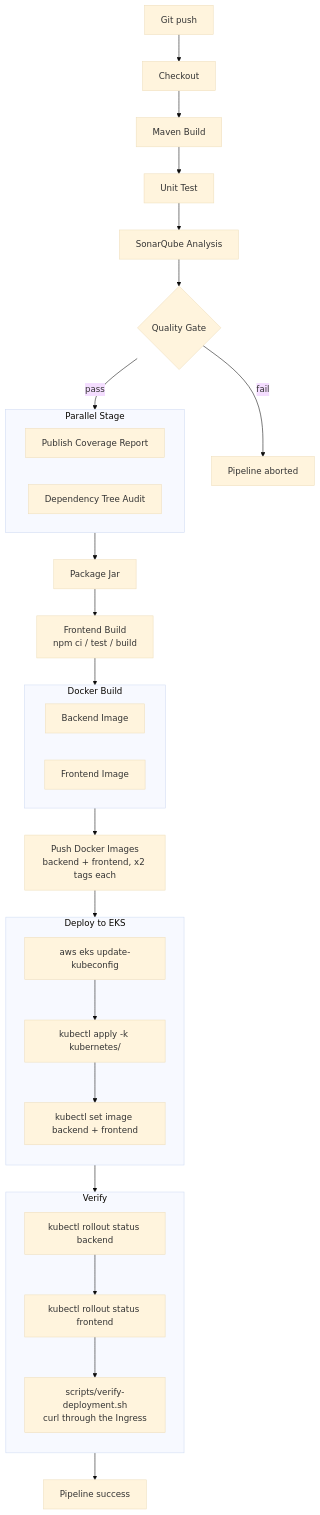
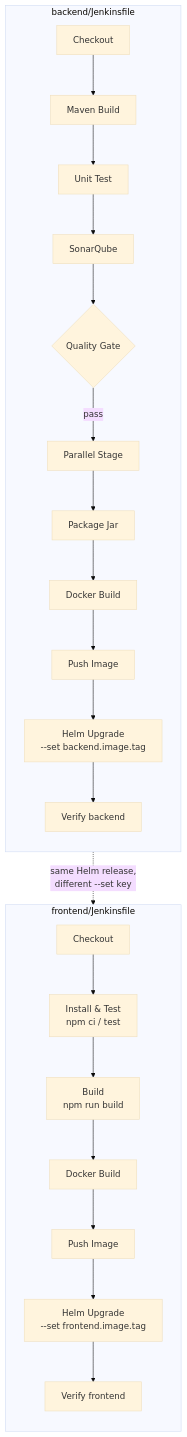
Before and after one commit to srikanth78933/Enterprise-DevOps-Learning-Platform: the first of 2 diagrams in architecture/pipeline-diagram.md, drawn with Mermaid (base theme). The commit also changed other lines of this file and 62 other files, not shown here.

First line of the commit message:
Add Project 3: Helm umbrella chart + independent frontend/backend pipelines

````diff
--- a/architecture/pipeline-diagram.md
+++ b/architecture/pipeline-diagram.md
@@ -6,47 +8,22 @@
 ```mermaid
 flowchart TD
-    A[Git push] --> B[Checkout]
-    B --> C[Maven Build]
-    C --> D[Unit Test]
-    D --> E[SonarQube Analysis]
-    E --> F{Quality Gate}
-    F -- fail --> X[Pipeline aborted]
-    F -- pass --> G[Parallel Stage]
-
-    subgraph G[Parallel Stage]
-        direction LR
-        G1[Publish Coverage Report]
-        G2[Dependency Tree Audit]
+    subgraph BE["backend/Jenkinsfile"]
+        direction TB
+        B1[Checkout] --> B2[Maven Build] --> B3[Unit Test] --> B4[SonarQube]
+        B4 --> B5{Quality Gate}
+        B5 -- pass --> B6[Parallel Stage] --> B7[Package Jar]
+        B7 --> B8[Docker Build] --> B9[Push Image]
+        B9 --> B10["Helm Upgrade<br/>--set backend.image.tag"]
+        B10 --> B11[Verify backend]
     end
 
-    G --> H[Package Jar]
-    H --> I[Frontend Build<br/>npm ci / test / build]
-    I --> J[Docker Build]
-
-    subgraph J[Docker Build]
-        direction LR
-        J1[Backend Image]
-        J2[Frontend Image]
+    subgraph FE["frontend/Jenkinsfile"]
+        direction TB
+        F1[Checkout] --> F2["Install & Test<br/>npm ci / test"] --> F3["Build<br/>npm run build"]
+        F3 --> F4[Docker Build] --> F5[Push Image]
+        F5 --> F6["Helm Upgrade<br/>--set frontend.image.tag"]
+        F6 --> F7[Verify frontend]
     end
 
-    J --> K[Push Docker Images<br/>backend + frontend, x2 tags each]
-    K --> L[Deploy to EKS]
-    L --> M[Verify]
-    M --> N[Pipeline success]
-
-    subgraph L[Deploy to EKS]
-        direction TB
-        L1[aws eks update-kubeconfig]
-        L2[kubectl apply -k kubernetes/]
-        L3[kubectl set image backend + frontend]
-        L1 --> L2 --> L3
-    end
-
-    subgraph M[Verify]
-        direction TB
-        M1[kubectl rollout status backend]
-        M2[kubectl rollout status frontend]
-        M3[scripts/verify-deployment.sh<br/>curl through the Ingress]
-        M1 --> M2 --> M3
-    end
+    B10 -.->|"same Helm release,\ndifferent --set key"| F6
 ```
````
